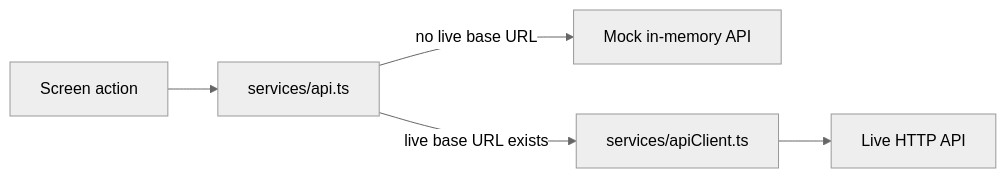
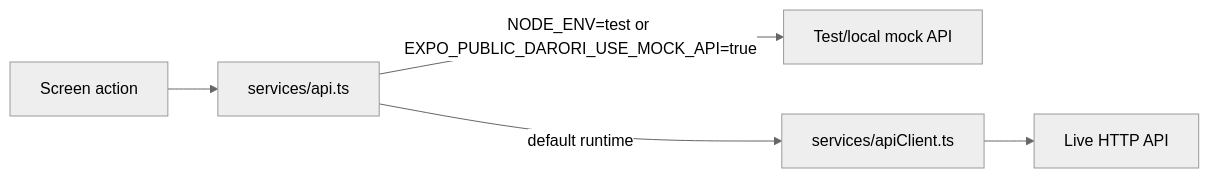
The second of 3 diagrams in docs/current-architecture.md (rammmaa/dairuri), drawn with Mermaid (neutral theme) before and after one commit. The commit also changed other lines of this file and 17 other files, not shown here.

Commit message:
feat: connect app to live postgres api

````diff
--- a/docs/current-architecture.md
+++ b/docs/current-architecture.md
@@ -61,13 +68,13 @@
 ```mermaid
 flowchart LR
   Screen[Screen action]
   ApiSwitch[services/api.ts]
-  Mock[Mock in-memory API]
+  Mock[Test/local mock API]
   Client[services/apiClient.ts]
   Live[Live HTTP API]
 
   Screen --> ApiSwitch
-  ApiSwitch -->|no live base URL| Mock
-  ApiSwitch -->|live base URL exists| Client
+  ApiSwitch -->|NODE_ENV=test or EXPO_PUBLIC_DARORI_USE_MOCK_API=true| Mock
+  ApiSwitch -->|default runtime| Client
   Client --> Live
 ```
````
